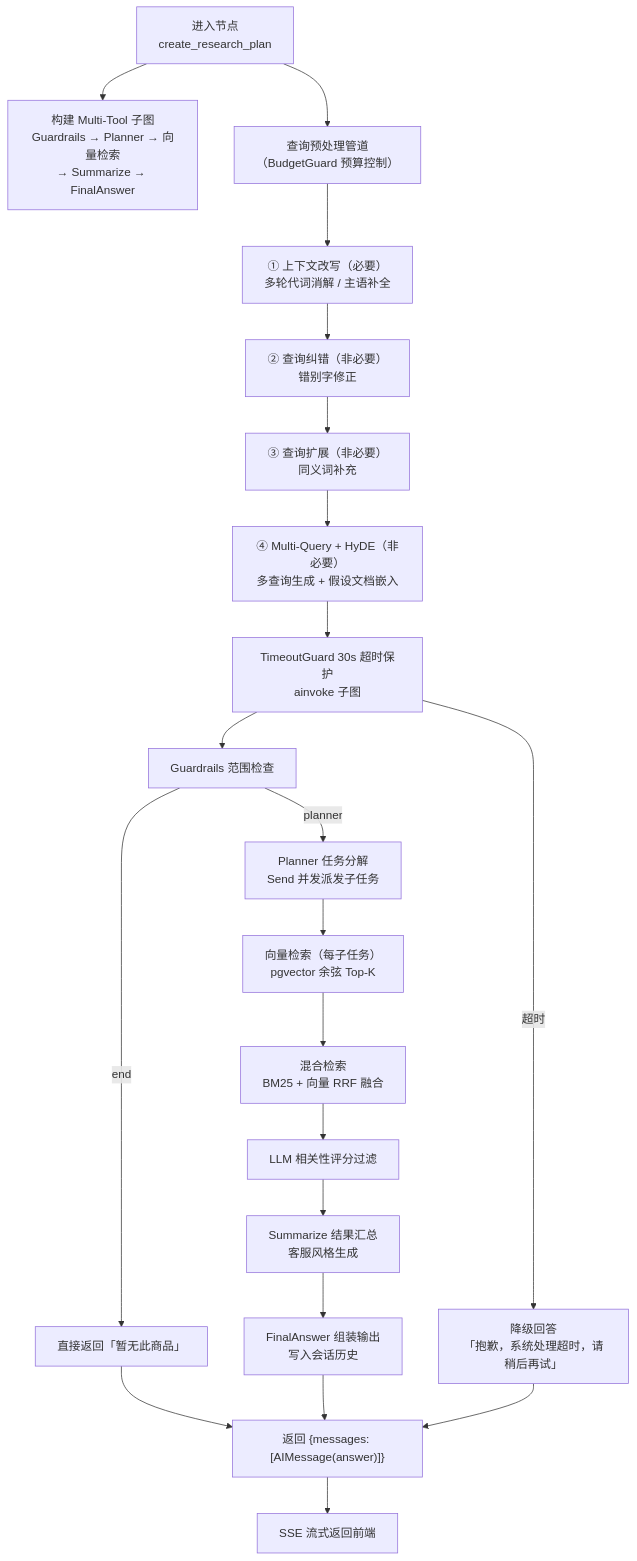
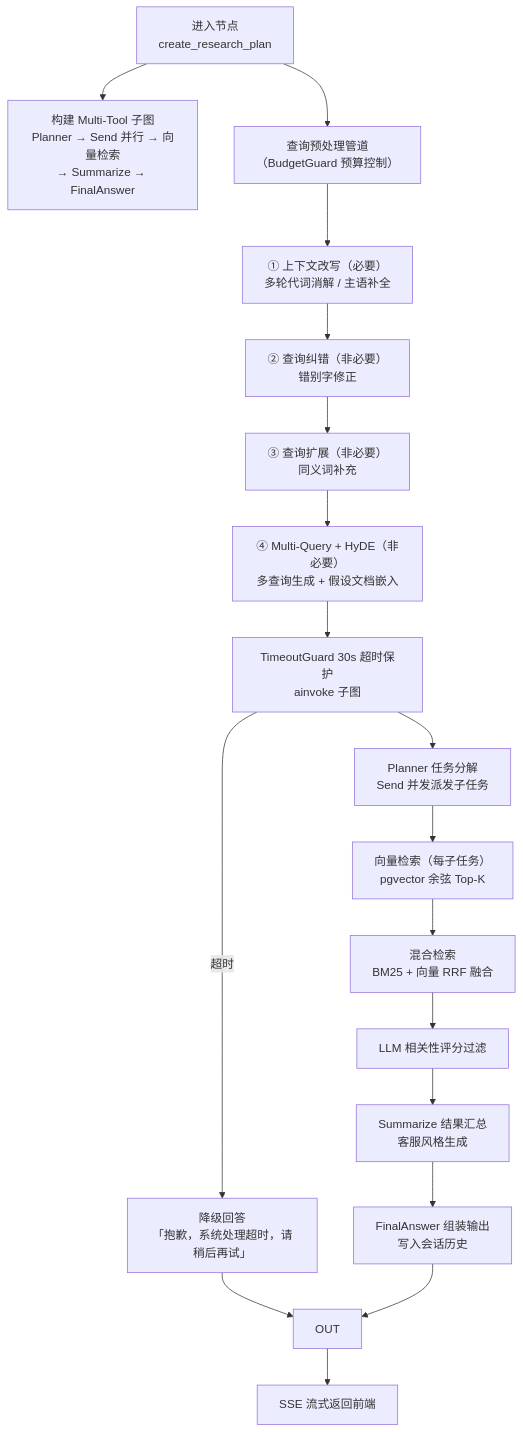
One commit to blowt16/SmartCS-Agent changed diagram 11 of 14 in docs/PROJECT_ANALYSIS.md. Above: the diagram before and after it, drawn with Mermaid. The commit also changed other lines of this file and 5 other files, not shown here.

````diff
--- a/docs/PROJECT_ANALYSIS.md
+++ b/docs/PROJECT_ANALYSIS.md
@@ -533,23 +530,20 @@
 ```mermaid
 flowchart TD
-    A["进入节点<br/>create_research_plan"] --> B["构建 Multi-Tool 子图<br/>Guardrails → Planner → 向量检索<br/>→ Summarize → FinalAnswer"]
+    A["进入节点<br/>create_research_plan"] --> B["构建 Multi-Tool 子图<br/>Planner → Send 并行 → 向量检索<br/>→ Summarize → FinalAnswer"]
     A --> P["查询预处理管道<br/>（BudgetGuard 预算控制）"]
     P --> P1["① 上下文改写（必要）<br/>多轮代词消解 / 主语补全"]
     P1 --> P2["② 查询纠错（非必要）<br/>错别字修正"]
     P2 --> P3["③ 查询扩展（非必要）<br/>同义词补充"]
     P3 --> P4["④ Multi-Query + HyDE（非必要）<br/>多查询生成 + 假设文档嵌入"]
     P4 --> R["TimeoutGuard 30s 超时保护<br/>ainvoke 子图"]
-    R --> S1["Guardrails 范围检查"]
-    S1 -->|"end"| S1A["直接返回「暂无此商品」"]
-    S1 -->|"planner"| S2["Planner 任务分解<br/>Send 并发派发子任务"]
+    R --> S2["Planner 任务分解<br/>Send 并发派发子任务"]
     S2 --> S3["向量检索（每子任务）<br/>pgvector 余弦 Top-K"]
     S3 --> S4["混合检索<br/>BM25 + 向量 RRF 融合"]
     S4 --> S5["LLM 相关性评分过滤"]
     S5 --> S6["Summarize 结果汇总<br/>客服风格生成"]
     S6 --> S7["FinalAnswer 组装输出<br/>写入会话历史"]
     R -->|"超时"| S1B["降级回答<br/>「抱歉，系统处理超时，请稍后再试」"]
-    S1A --> OUT["返回 {messages: [AIMessage(answer)]}"]
     S1B --> OUT
     S7 --> OUT
     OUT --> END["SSE 流式返回前端"]
 ```
````
